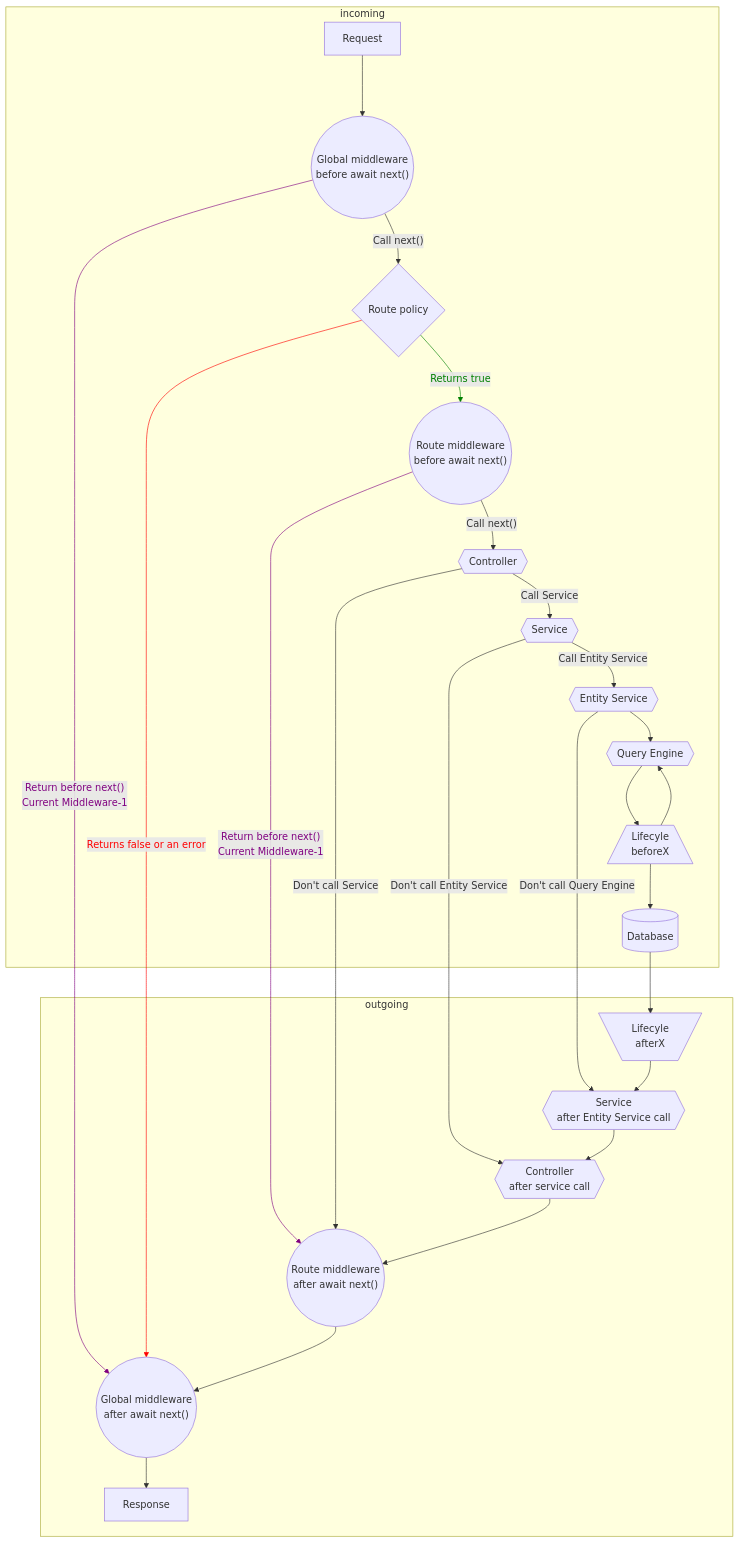
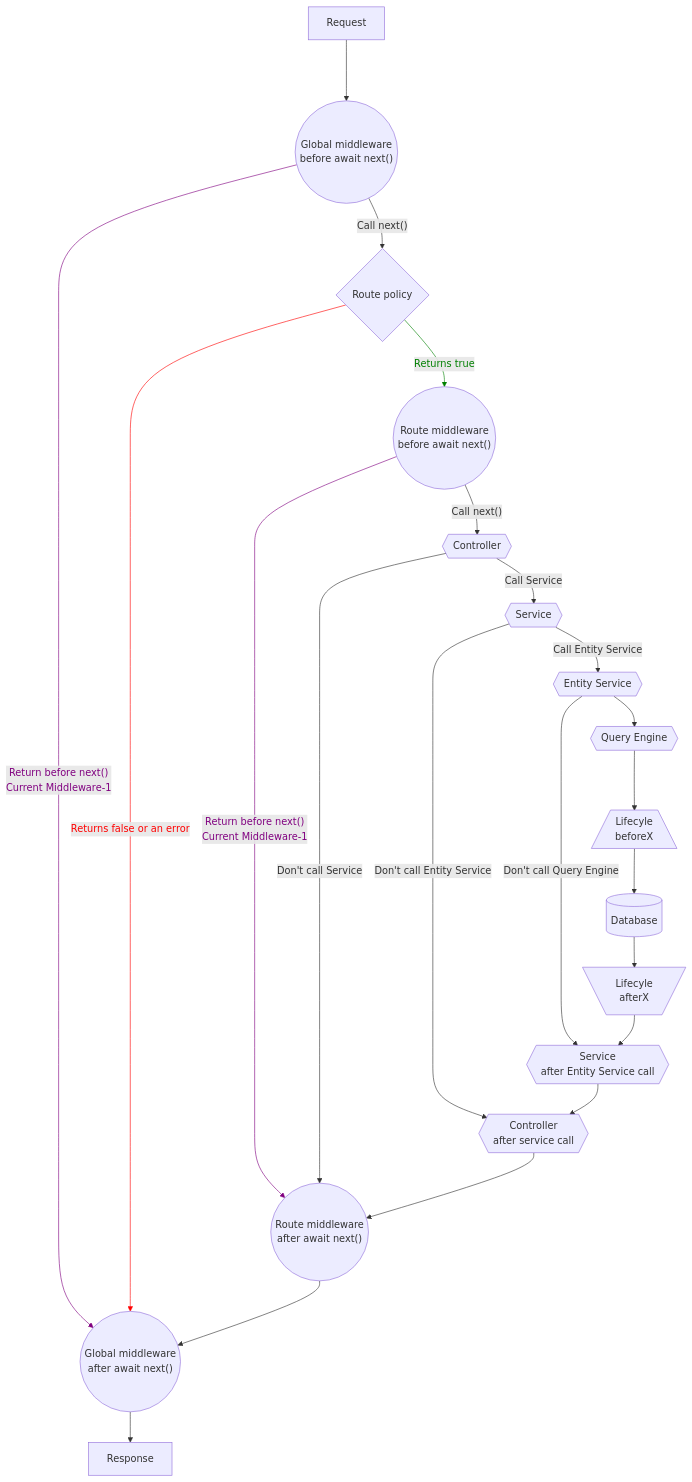
Before and after one commit to strapi/documentation: the diagram in docusaurus/docs/dev-docs/backend-customization.md, drawn with Mermaid.

Commit message:
more fixes

````diff
--- a/docusaurus/docs/dev-docs/backend-customization.md
+++ b/docusaurus/docs/dev-docs/backend-customization.md
@@ -40,66 +40,45 @@
 ```mermaid
 graph TB
-    subgraph incoming
-        request
-        globalMiddlewareA
-        routePolicy
-        routeMiddlewareA
-        controllerA
-        serviceA
-        entityService
-        lifecyclesBefore
-        queryEngine
-        database
-    end
-    subgraph outgoing
-        lifecyclesAfter
-        serviceB
-        controllerB
-        routeMiddlewareB
-        globalMiddlewareB
-        response
-    end
     request[Request] ---> globalMiddlewareA(("Global middleware<br/>before await next()"))
     globalMiddlewareA --"Call next()"--> routePolicy{Route policy}
     globalMiddlewareA --"Return before next()<br> Current Middleware-1"-->globalMiddlewareB
     routePolicy --Returns true--> routeMiddlewareA(("Route middleware<br/>before await next()"))
     routePolicy --Returns false or an error-->globalMiddlewareB
     routeMiddlewareA --"Return before next()<br> Current Middleware-1"-->routeMiddlewareB
     routeMiddlewareA --"Call next()"--> controllerA{{Controller}}
     controllerA --"Call Service"--> serviceA{{Service}}
     controllerA --"Don't call Service" --> routeMiddlewareB
     serviceA --"Call Entity Service" --> entityService{{Entity Service}}
     serviceA --"Don't call Entity Service" --> controllerB
-    entityService --> queryEngine
-    lifecyclesBefore --> queryEngine{{Query Engine}}
+    entityService --> queryEngineA{{Query Engine}}
     entityService --"Don't call Query Engine" --> serviceB
-    queryEngine --> lifecyclesBefore[/Lifecyle<br> beforeX\] 
+    queryEngineA --> lifecyclesBefore[/Lifecyle<br> beforeX\] 
     lifecyclesBefore[/Lifecyle<br> beforeX\] --> database[(Database)]
     database --> lifecyclesAfter[\Lifecyle<br> afterX/]
     lifecyclesAfter --> serviceB{{"Service<br/>after Entity Service call"}}
     serviceB --> controllerB{{"Controller<br/>after service call"}}
     controllerB --> routeMiddlewareB(("Route middleware<br/>after await next()"))
     routeMiddlewareB --> globalMiddlewareB(("Global middleware<br/>after await next()"))
     globalMiddlewareB --> response[Response]
 
     linkStyle 3 stroke:green,color:green
     linkStyle 4 stroke:red,color:red
     linkStyle 2 stroke:purple,color:purple
     linkStyle 5 stroke:purple,color:purple
 
     click request "/dev-docs/backend-customization/requests-responses"
     click globalMiddlewareA "/dev-docs/backend-customization/middlewares"
     click globalMiddlewareB "/dev-docs/backend-customization/middlewares"
     click routePolicy "/dev-docs/backend-customization/routes"
     click routeMiddlewareA "/dev-docs/backend-customization/routes#middlewares"
     click routeMiddlewareB "/dev-docs/backend-customization/routes#middlewares"
     click controllerA "/dev-docs/backend-customization/controllers"
     click controllerB "/dev-docs/backend-customization/controllers"
     click serviceA "/dev-docs/backend-customization/services"
     click serviceB "/dev-docs/backend-customization/services"
     click entityService "/dev-docs/api/entity-service/"
     click lifecyclesBefore "/dev-docs/backend-customization/models#lifecycle-hooks"
     click queryEngine "/dev-docs/api/query-engine/"
     click lifecyclesAfter "/dev-docs/backend-customization/models#lifecycle-hooks"
     click response "/dev-docs/backend-customization/requests-responses"
 ```
````
